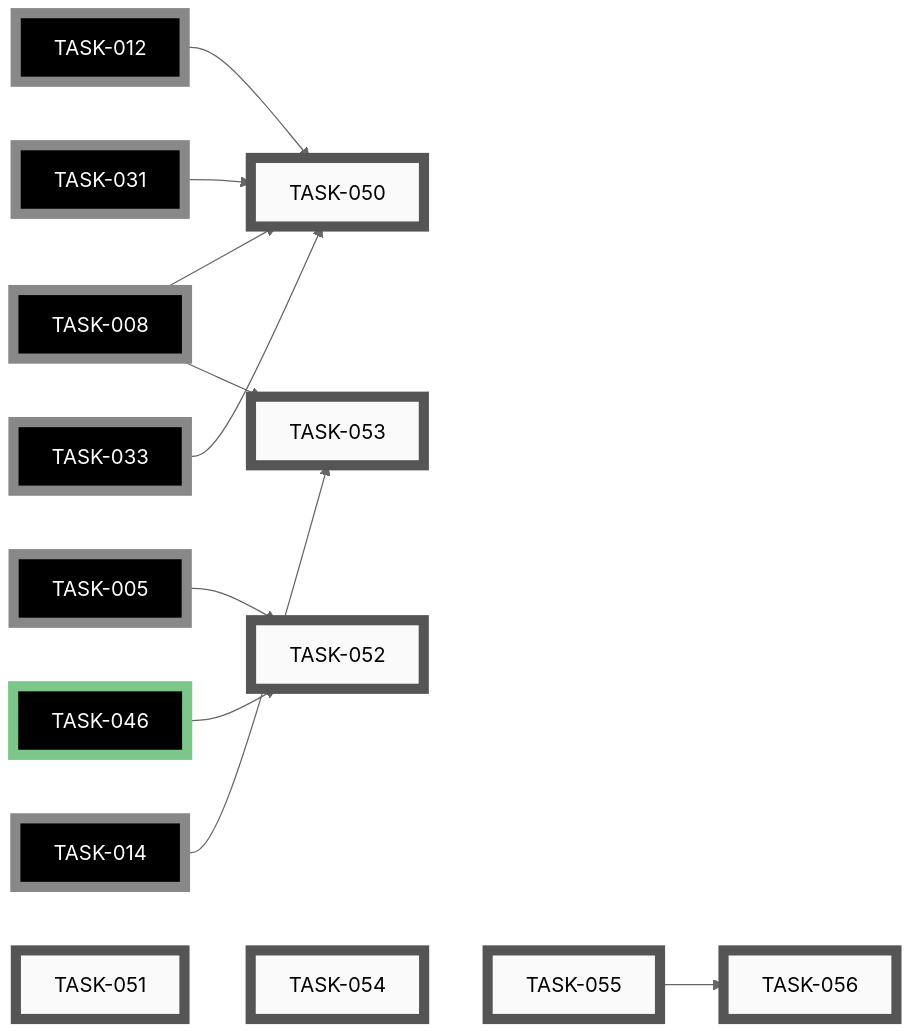
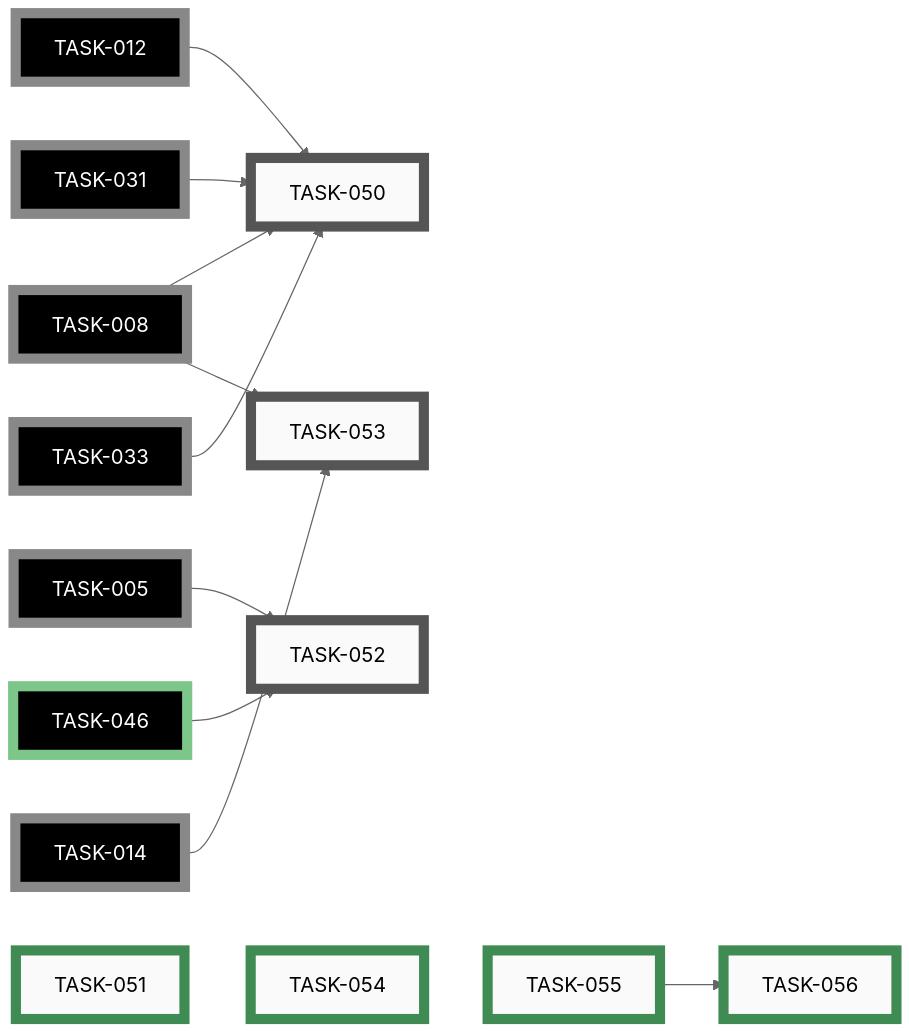
One commit to tgd1975/CircuitSmith changed the eighth of 9 diagrams in docs/developers/tasks/EPICS.md. Above: the diagram before and after it, drawn with Mermaid (neutral theme). The commit also changed other lines of this file and 58 other files, not shown here.

````diff
--- a/docs/developers/tasks/EPICS.md
+++ b/docs/developers/tasks/EPICS.md
@@ -457,49 +457,49 @@
 ```mermaid
 graph LR
     TASK_050["TASK-050"]:::open
-    TASK_051["TASK-051"]:::open
     TASK_052["TASK-052"]:::open
     TASK_053["TASK-053"]:::open
-    TASK_054["TASK-054"]:::open
-    TASK_055["TASK-055"]:::open
-    TASK_056["TASK-056"]:::open
+    TASK_051["TASK-051"]:::closed
+    TASK_054["TASK-054"]:::closed
+    TASK_055["TASK-055"]:::closed
+    TASK_056["TASK-056"]:::closed
     TASK_005["TASK-005"]:::openExt
     TASK_008["TASK-008"]:::openExt
     TASK_012["TASK-012"]:::openExt
     TASK_014["TASK-014"]:::openExt
     TASK_031["TASK-031"]:::openExt
     TASK_033["TASK-033"]:::openExt
     TASK_046["TASK-046"]:::closedExt
     TASK_008 --> TASK_050
     TASK_012 --> TASK_050
     TASK_031 --> TASK_050
     TASK_033 --> TASK_050
     TASK_005 --> TASK_052
     TASK_046 --> TASK_052
     TASK_008 --> TASK_053
     TASK_014 --> TASK_053
     TASK_055 --> TASK_056
     TASK_051 ~~~ TASK_054 ~~~ TASK_055
     click TASK_050 "open/task-050-boundary-import-contract-test.md"
-    click TASK_051 "open/task-051-portability-lint.md"
     click TASK_052 "open/task-052-schema-validation-pre-commit.md"
     click TASK_053 "open/task-053-netgraph-golden-hash-contract-test.md"
-    click TASK_054 "open/task-054-seed-adr-folder.md"
-    click TASK_055 "open/task-055-code-owner-skills-hook.md"
-    click TASK_056 "open/task-056-author-initial-code-owner-skills.md"
+    click TASK_051 "closed/task-051-portability-lint.md"
+    click TASK_054 "closed/task-054-seed-adr-folder.md"
+    click TASK_055 "closed/task-055-code-owner-skills-hook.md"
+    click TASK_056 "closed/task-056-author-initial-code-owner-skills.md"
     click TASK_005 "open/task-005-write-circuit-json-schema.md"
     click TASK_008 "open/task-008-implement-netgraph-data-model.md"
     click TASK_012 "open/task-012-implement-renderer.md"
     click TASK_014 "open/task-014-author-circuit-yml-and-layout-yml-pairs.md"
     click TASK_031 "open/task-031-implement-bom-exporter.md"
     click TASK_033 "open/task-033-implement-netlist-exporter.md"
     click TASK_046 "closed/task-046-add-pyproject-and-dev-requirements.md"
     classDef open    fill:#FAFAFA,stroke:#555,stroke-width:8px,color:#000
     classDef active  fill:#FAFAFA,stroke:#1A6FA8,stroke-width:8px,color:#000
     classDef closed  fill:#FAFAFA,stroke:#3F8B53,stroke-width:8px,color:#000
     classDef paused  fill:#FAFAFA,stroke:#B07810,stroke-width:8px,color:#000
     classDef openExt    fill:#000,stroke:#888,stroke-width:8px,color:#FFF
     classDef activeExt  fill:#000,stroke:#3FA9F5,stroke-width:8px,color:#FFF
     classDef closedExt  fill:#000,stroke:#7CC68A,stroke-width:8px,color:#FFF
     classDef pausedExt  fill:#000,stroke:#F0B030,stroke-width:8px,color:#FFF
 ```
````
